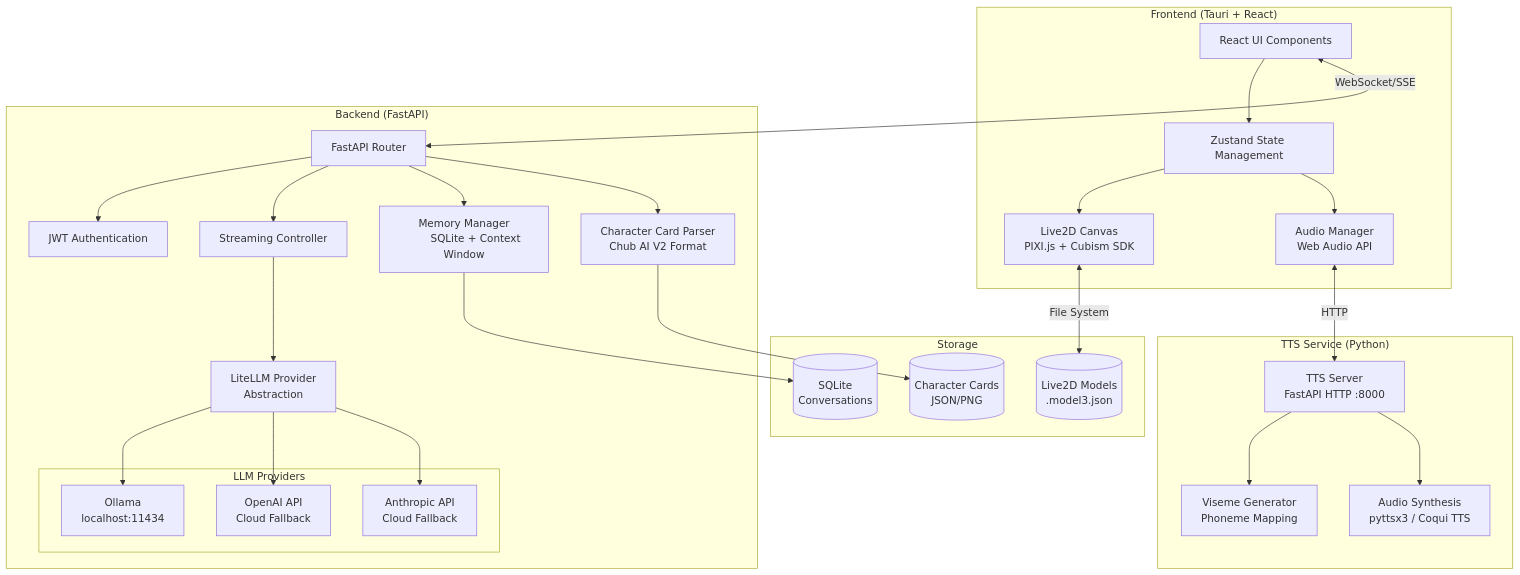
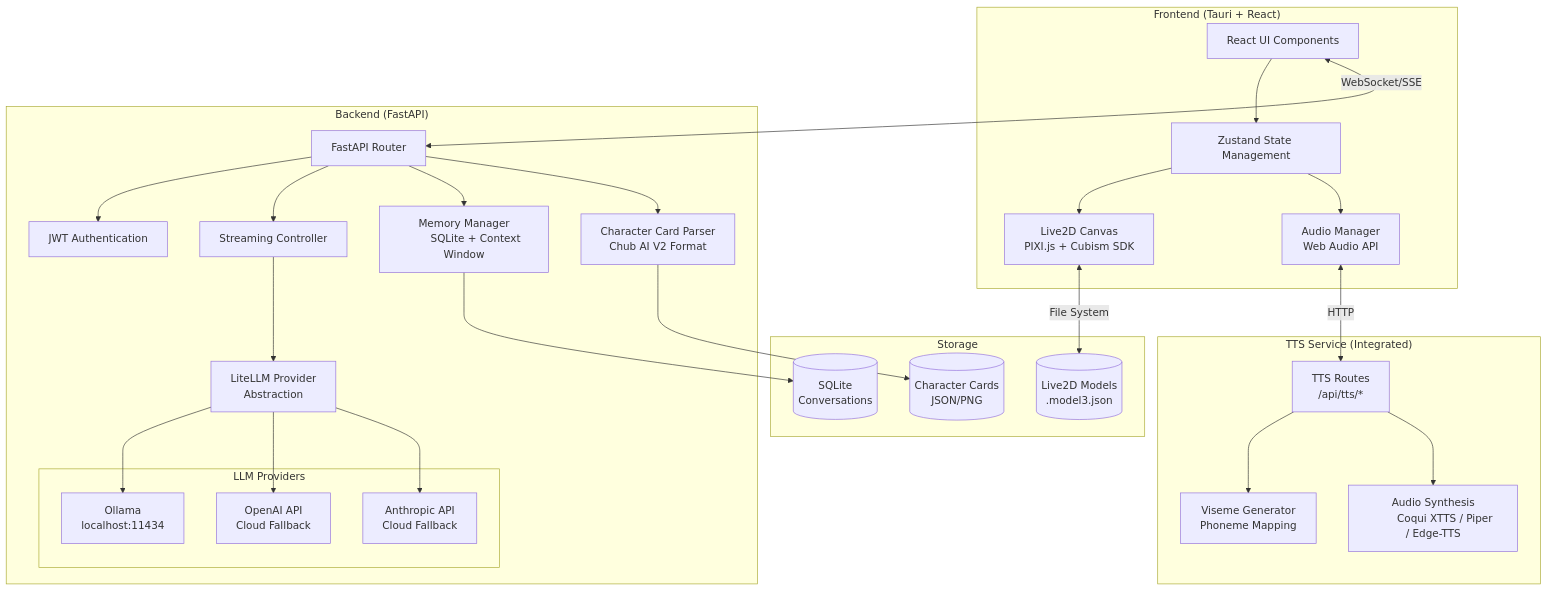
One commit to sanskar-IT/laughing-octo-adventure changed the first of 3 diagrams in README.md. Above: the diagram before and after it, drawn with Mermaid. The commit also changed other lines of this file and 10 other files, not shown here.

````diff
--- a/README.md
+++ b/README.md
@@ -27,72 +27,72 @@
 ```mermaid
 flowchart TB
     subgraph Frontend["Frontend (Tauri + React)"]
         UI[React UI Components]
         Store[Zustand State Management]
         Live2D[Live2D Canvas<br/>PIXI.js + Cubism SDK]
         Audio[Audio Manager<br/>Web Audio API]
     end
 
     subgraph Backend["Backend (FastAPI)"]
         API[FastAPI Router]
         Auth[JWT Authentication]
         Stream[Streaming Controller]
         LiteLLM[LiteLLM Provider
         Abstraction]
         
         subgraph Providers["LLM Providers"]
             Ollama[Ollama
             localhost:11434]
             OpenAI[OpenAI API
             Cloud Fallback]
             Anthropic[Anthropic API
             Cloud Fallback]
         end
         
         Memory[Memory Manager
         SQLite + Context Window]
         Characters[Character Card Parser
         Chub AI V2 Format]
     end
 
-    subgraph TTS["TTS Service (Python)"]
-        TTS_Server[TTS Server
-        FastAPI HTTP :8000]
+    subgraph TTS["TTS Service (Integrated)"]
+        TTS_Server[TTS Routes
+        /api/tts/*]
         Viseme[Viseme Generator
         Phoneme Mapping]
         AudioGen[Audio Synthesis
-        pyttsx3 / Coqui TTS]
+        Coqui XTTS / Piper / Edge-TTS]
     end
 
     subgraph Storage["Storage"]
         DB[(SQLite
         Conversations)]
         Models[(Live2D Models
         .model3.json)]
         Characters_File[(Character Cards
         JSON/PNG)]
     end
 
     UI --> Store
     Store --> Live2D
     Store --> Audio
     
     UI <-->|WebSocket/SSE| API
     API --> Auth
     API --> Stream
     Stream --> LiteLLM
     LiteLLM --> Ollama
     LiteLLM --> OpenAI
     LiteLLM --> Anthropic
     
     API --> Memory
     API --> Characters
     Memory --> DB
     Characters --> Characters_File
     
     Audio <-->|HTTP| TTS_Server
     TTS_Server --> Viseme
     TTS_Server --> AudioGen
     
     Live2D <-->|File System| Models
 ```
````
